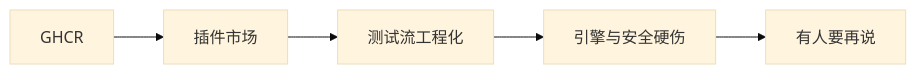
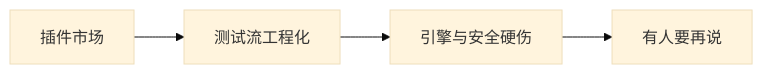
One commit to qualitest-hq/qualitest changed the diagram in ROADMAP.md. Above: the diagram before and after it, drawn with Mermaid (base theme). The commit also changed other lines of this file and 12 other files, not shown here.

````diff
--- a/ROADMAP.md
+++ b/ROADMAP.md
@@ -15,7 +15,6 @@
 ```mermaid
 flowchart LR
-  A["GHCR"] --> B["插件市场"]
-  B --> C["测试流工程化"]
-  C --> D["引擎与安全硬伤"]
-  D --> E["有人要再说"]
+  A["插件市场"] --> B["测试流工程化"]
+  B --> C["引擎与安全硬伤"]
+  C --> D["有人要再说"]
 ```
````
